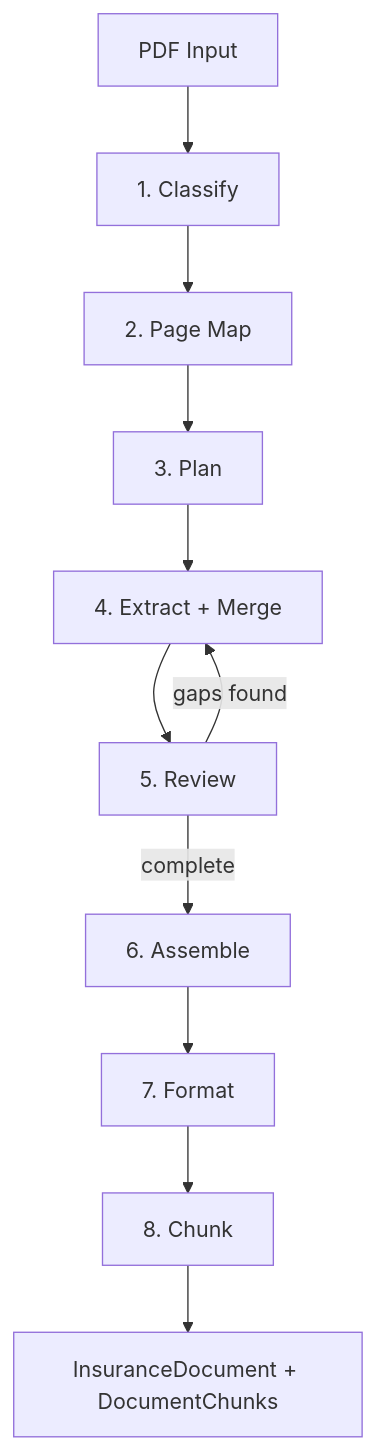
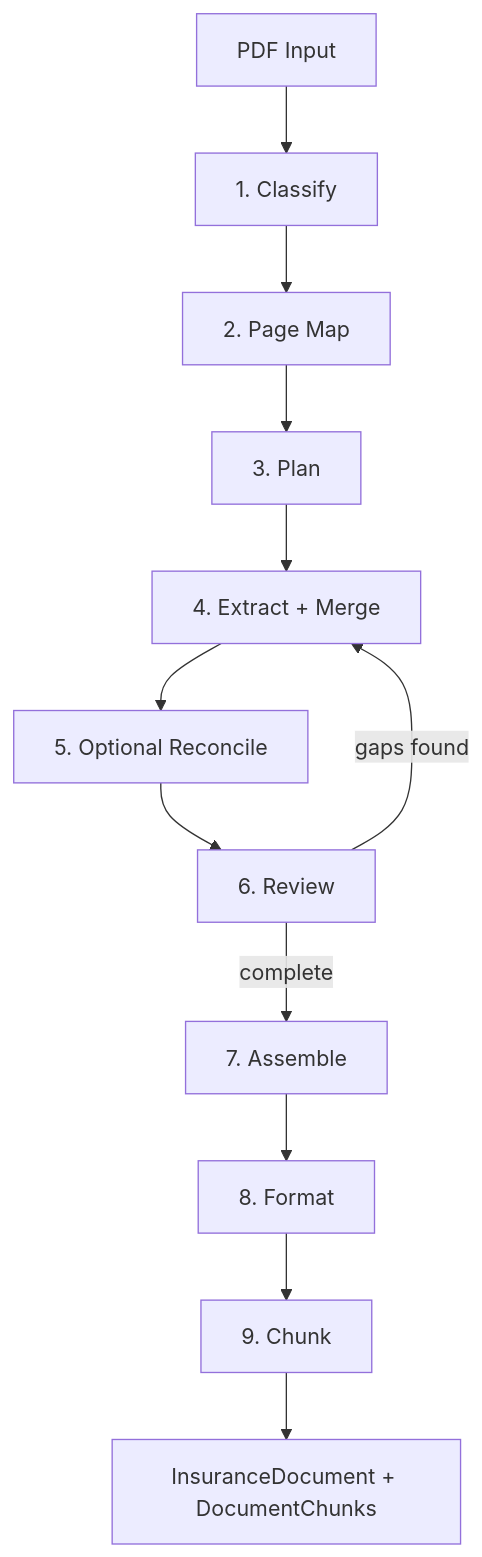
The diagram in docs-pkg/extraction/pipeline.mdx (claritylabs-inc/cl-sdk), drawn with Mermaid before and after one commit. The commit also changed other lines of this file and 7 other files, not shown here.

````diff
--- a/docs-pkg/extraction/pipeline.mdx
+++ b/docs-pkg/extraction/pipeline.mdx
@@ -38,13 +38,14 @@
 ```mermaid
 flowchart TD
     A[PDF Input] --> B[1. Classify]
     B --> C[2. Page Map]
     C --> D[3. Plan]
     D --> E[4. Extract + Merge]
-    E --> F[5. Review]
+    E --> R[5. Optional Reconcile]
+    R --> F[6. Review]
     F -->|gaps found| E
-    F -->|complete| G[6. Assemble]
-    G --> H[7. Format]
-    H --> I[8. Chunk]
+    F -->|complete| G[7. Assemble]
+    G --> H[8. Format]
+    H --> I[9. Chunk]
     I --> J[InsuranceDocument + DocumentChunks]
 ```
````
